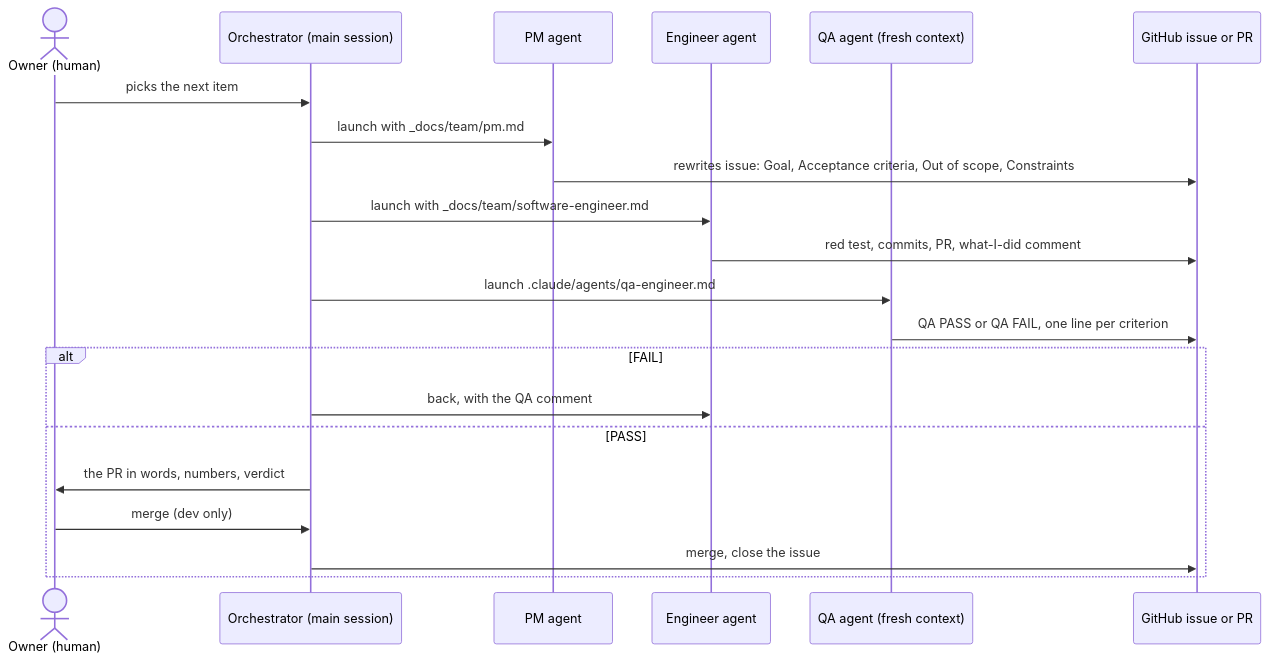
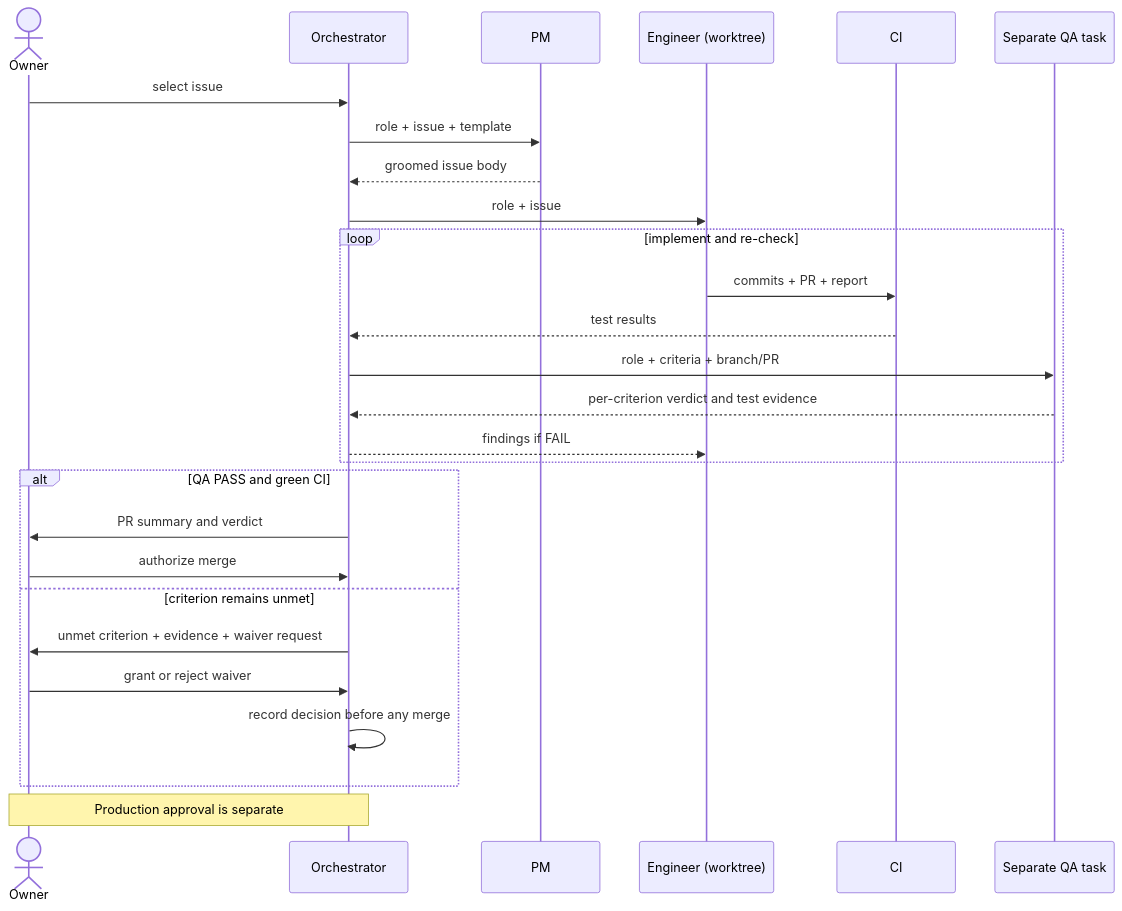
One commit to alexisdacquay/sail-event changed the first of 6 diagrams in docs/reviewer-guide.md. Above: the diagram before and after it, drawn with Mermaid. The commit also changed other lines of this file and 80 other files, not shown here.

````diff
--- a/docs/reviewer-guide.md
+++ b/docs/reviewer-guide.md
@@ -244,23 +168,29 @@
 ```mermaid
 sequenceDiagram
-  actor Owner as Owner (human)
-  participant O as Orchestrator (main session)
-  participant PM as PM agent
-  participant E as Engineer agent
-  participant QA as QA agent (fresh context)
-  participant GH as GitHub issue or PR
-  Owner->>O: picks the next item
-  O->>PM: launch with _docs/team/pm.md
-  PM->>GH: rewrites issue: Goal, Acceptance criteria, Out of scope, Constraints
-  O->>E: launch with _docs/team/software-engineer.md
-  E->>GH: red test, commits, PR, what-I-did comment
-  O->>QA: launch .claude/agents/qa-engineer.md
-  QA->>GH: QA PASS or QA FAIL, one line per criterion
-  alt FAIL
-    O->>E: back, with the QA comment
-  else PASS
-    O->>Owner: the PR in words, numbers, verdict
-    Owner->>O: merge (dev only)
-    O->>GH: merge, close the issue
+  actor Owner
+  participant O as Orchestrator
+  participant PM
+  participant E as Engineer (worktree)
+  participant CI
+  participant QA as Separate QA task
+  Owner->>O: select issue
+  O->>PM: role + issue + template
+  PM-->>O: groomed issue body
+  O->>E: role + issue
+  loop implement and re-check
+    E->>CI: commits + PR + report
+    CI-->>O: test results
+    O->>QA: role + criteria + branch/PR
+    QA-->>O: per-criterion verdict and test evidence
+    O-->>E: findings if FAIL
   end
+  alt QA PASS and green CI
+    O->>Owner: PR summary and verdict
+    Owner->>O: authorize merge
+  else criterion remains unmet
+    O->>Owner: unmet criterion + evidence + waiver request
+    Owner->>O: grant or reject waiver
+    O->>O: record decision before any merge
+  end
+  Note over Owner,O: Production approval is separate
 ```
````
